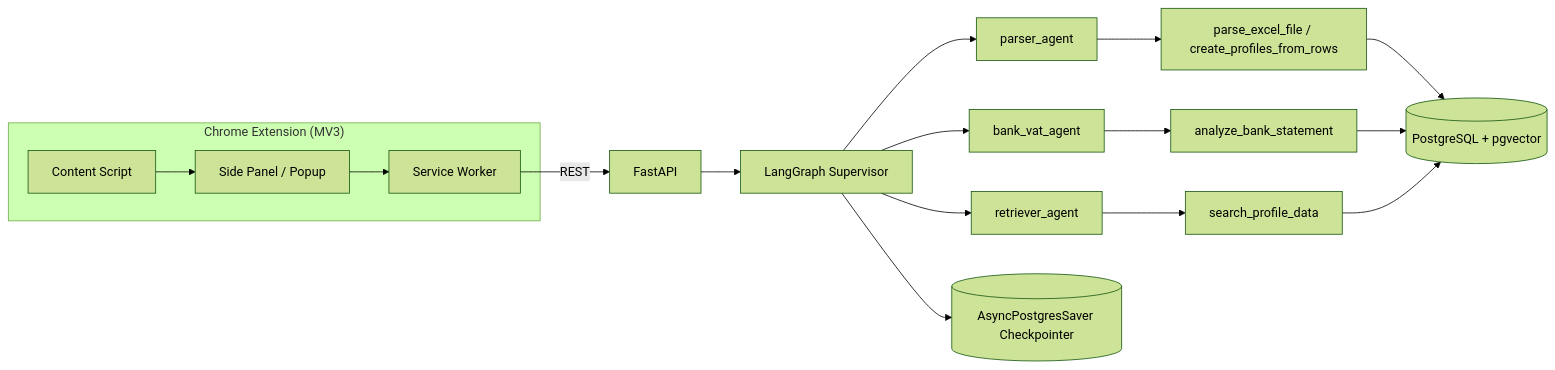
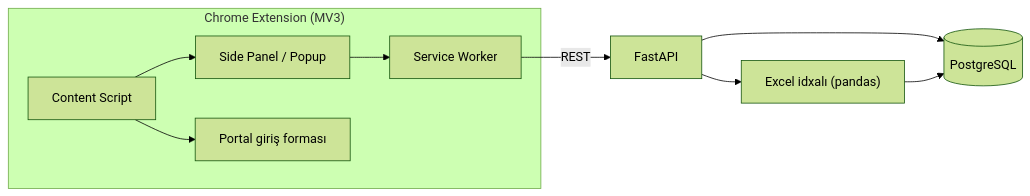
The first of 2 diagrams in README.md (nihat2001/TaxPro), drawn with Mermaid (forest theme) before and after one commit. The commit also changed other lines of this file, not shown here.

````diff
--- a/README.md
+++ b/README.md
@@ -19,19 +17,12 @@
 ```mermaid
 flowchart LR
     subgraph EXT["Chrome Extension (MV3)"]
         SP[Side Panel / Popup] --> BG[Service Worker]
         CS[Content Script] --> SP
+        CS --> FORM[Portal giriş forması]
     end
     BG -->|REST| API[FastAPI]
-    API --> G[LangGraph Supervisor]
-    G --> PA[parser_agent]
-    G --> BA[bank_vat_agent]
-    G --> RA[retriever_agent]
-    PA --> T1[parse_excel_file / create_profiles_from_rows]
-    BA --> T2[analyze_bank_statement]
-    RA --> T3[search_profile_data]
-    T1 --> DB[(PostgreSQL + pgvector)]
-    T2 --> DB
-    T3 --> DB
-    G --> CK[(AsyncPostgresSaver Checkpointer)]
+    API --> DB[(PostgreSQL)]
+    API --> PARSER["Excel idxalı (pandas)"]
+    PARSER --> DB
 ```
````
